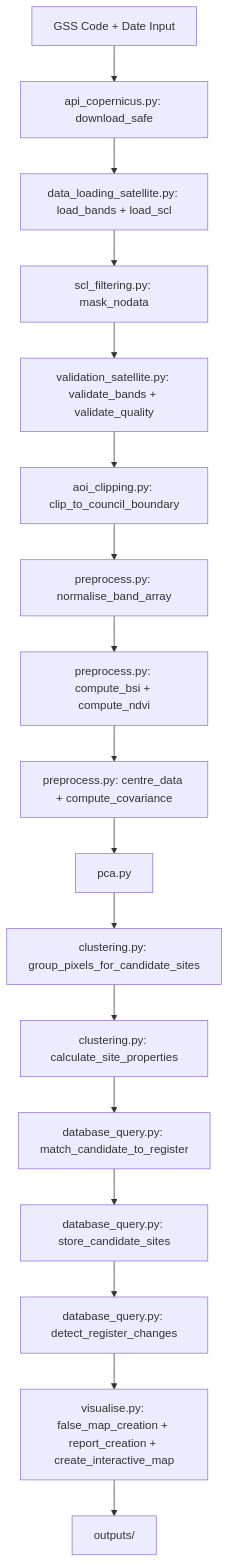
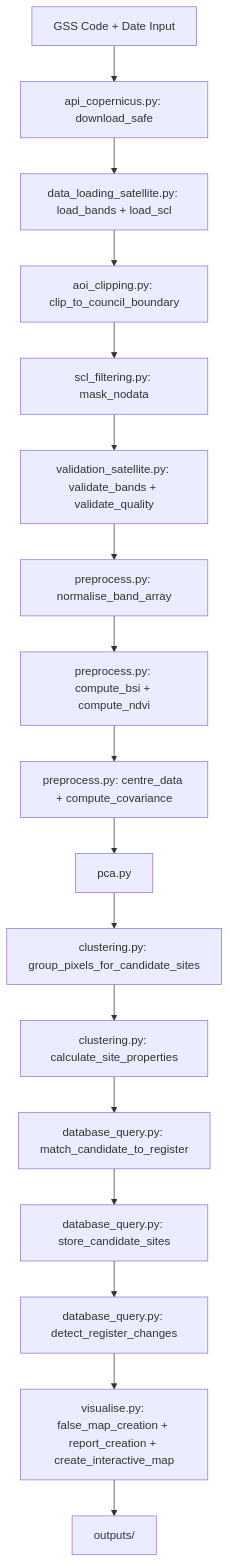
The first of 2 diagrams in DESIGN.md (LukeWardle/sentinel2-brownfield-stoke), drawn with Mermaid before and after one commit. The commit also changed other lines of this file, not shown here.

Commit message:
docs: update DESIGN.md for AOI clipping refactor - pipeline flow, module tables, decision entry, remove resolved known issue

````diff
--- a/DESIGN.md
+++ b/DESIGN.md
@@ -27,19 +27,19 @@
 ```mermaid
 graph TD
     A[GSS Code + Date Input] --> B[api_copernicus.py: download_safe]
     B --> C[data_loading_satellite.py: load_bands + load_scl]
-    C --> D[scl_filtering.py: mask_nodata]
-    D --> E[validation_satellite.py: validate_bands + validate_quality]
-    E --> F[aoi_clipping.py: clip_to_council_boundary]
+    C --> D[aoi_clipping.py: clip_to_council_boundary]
+    D --> E[scl_filtering.py: mask_nodata]
+    E --> F[validation_satellite.py: validate_bands + validate_quality]
     F --> G[preprocess.py: normalise_band_array]
     G --> H[preprocess.py: compute_bsi + compute_ndvi]
     H --> I[preprocess.py: centre_data + compute_covariance]
     I --> J[pca.py]
     J --> K[clustering.py: group_pixels_for_candidate_sites]
     K --> L[clustering.py: calculate_site_properties]
     L --> M[database_query.py: match_candidate_to_register]
     M --> N[database_query.py: store_candidate_sites]
     N --> O[database_query.py: detect_register_changes]
     O --> P[visualise.py: false_map_creation + report_creation + create_interactive_map]
     P --> Q[outputs/]
 ```
````
